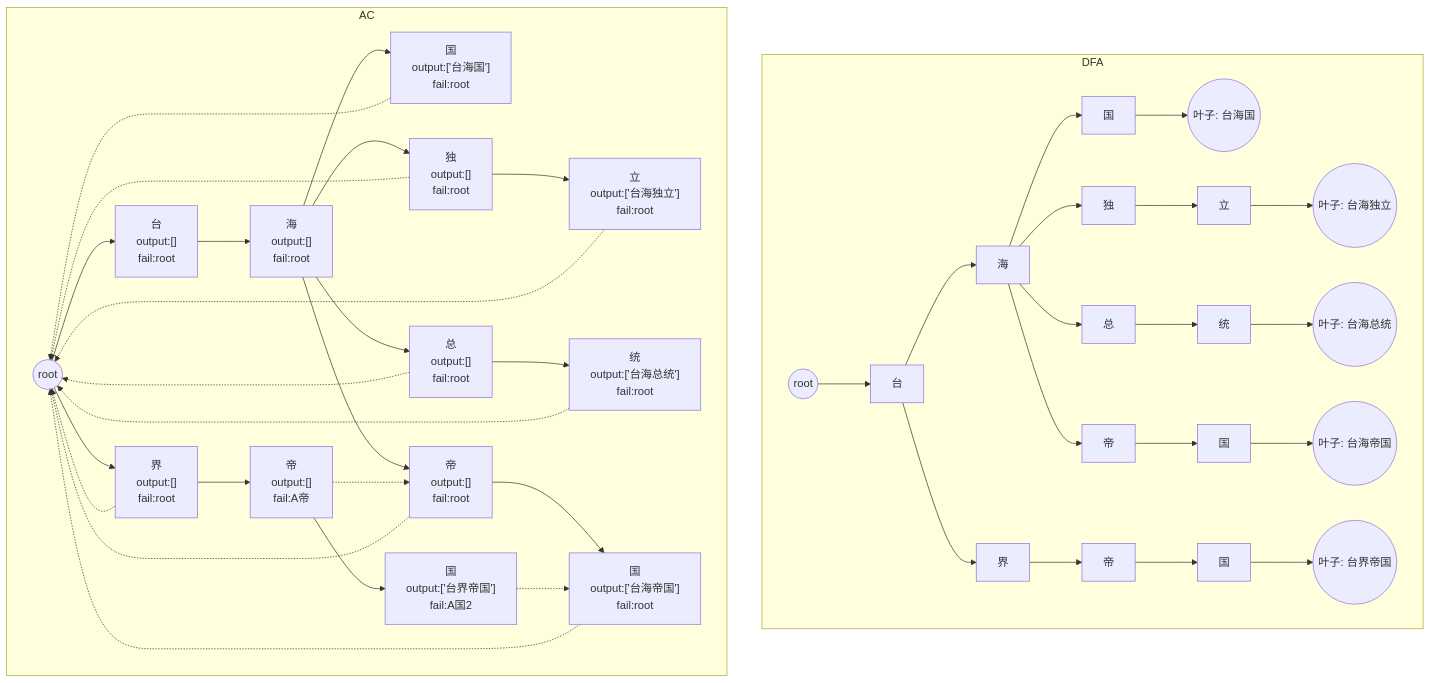
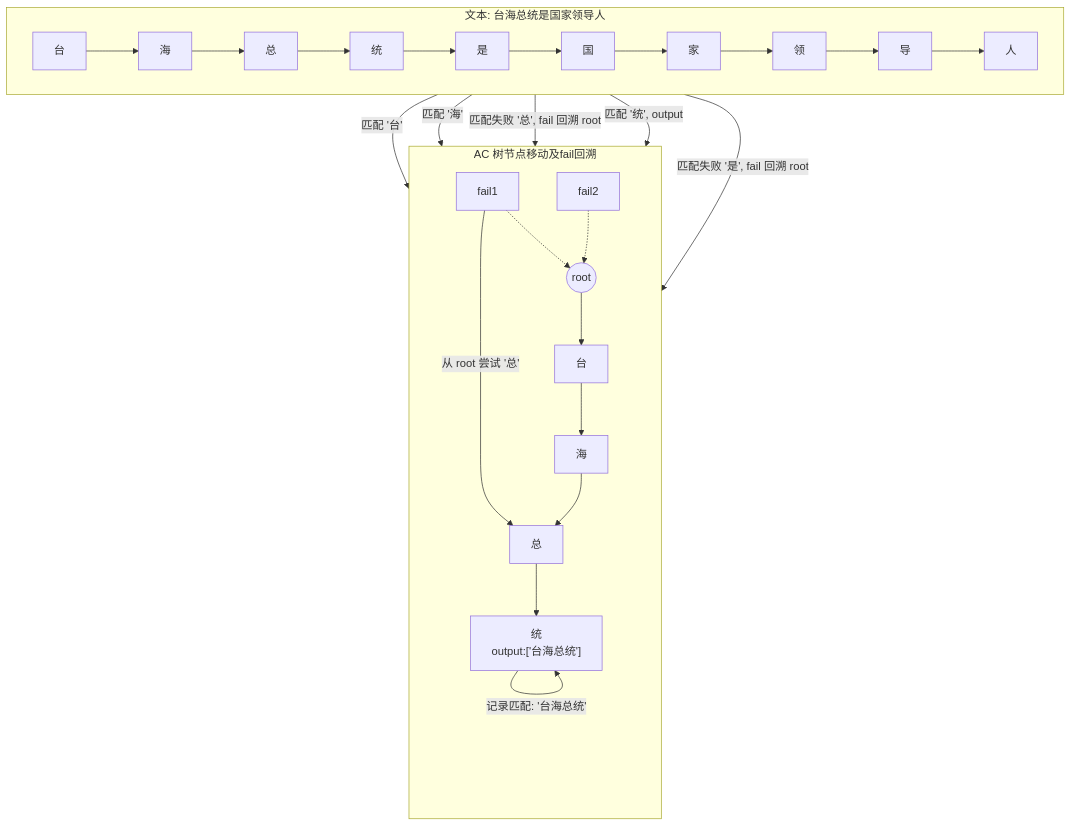
Before and after one commit to zmexing/go-sensitive-word: the fourth of 6 diagrams in docs/ac.md, drawn with Mermaid. The commit also changed other lines of this file and 1 other file, not shown here.

````diff
--- a/docs/ac.md
+++ b/docs/ac.md
@@ -203,55 +213,36 @@
 ```mermaid
-%% DFA 与 AC 树对比
-%% 左边 DFA，右边 AC
-graph TD
-    subgraph DFA
-        DRoot((root))
-        DRoot --> D台["台"]
-        D台 --> D海["海"]
-        D海 --> D国["国"]
-        D国 --> D国Leaf(("叶子: 台海国"))
-        D海 --> D独["独"]
-        D独 --> D立["立"]
-        D立 --> D独立Leaf(("叶子: 台海独立"))
-        D海 --> D总["总"]
-        D总 --> D统["统"]
-        D统 --> D总统Leaf(("叶子: 台海总统"))
-        D海 --> D帝["帝"]
-        D帝 --> D国2["国"]
-        D国2 --> D帝国Leaf1(("叶子: 台海帝国"))
-        D台 --> D界["界"]
-        D界 --> D帝2["帝"]
-        D帝2 --> D国3["国"]
-        D国3 --> D帝国Leaf2(("叶子: 台界帝国"))
+flowchart TD
+    %% 文本扫描流程
+    subgraph 文本扫描["文本: 台海总统是国家领导人"]
+        direction LR
+        T0["台"] --> T1["海"] --> T2["总"] --> T3["统"] --> T4["是"] --> T5["国"] --> T6["家"] --> T7["领"] --> T8["导"] --> T9["人"]
     end
 
-    subgraph AC
-        ARoot((root))
-        ARoot --> A台["台\noutput:[]\nfail:root"]
-        ARoot --> A界["界\noutput:[]\nfail:root"]
+    %% AC 树节点状态
+    subgraph AC树["AC 树节点移动及fail回溯"]
+        direction TB
+        Root((root))
+        台["台"] 
+        海["海"]
+        总["总"] 
+        统["统\noutput:['台海总统']"]
+        %% fail 指针
+        fail1 -.-> Root
+        fail2 -.-> Root
 
-        A台 --> A海["海\noutput:[]\nfail:root"]
-        A海 --> A国["国\noutput:['台海国']\nfail:root"]
-        A海 --> A独["独\noutput:[]\nfail:root"]
-        A独 --> A立["立\noutput:['台海独立']\nfail:root"]
-        A海 --> A总["总\noutput:[]\nfail:root"]
-        A总 --> A统["统\noutput:['台海总统']\nfail:root"]
-        A海 --> A帝["帝\noutput:[]\nfail:root"]
-        A帝 --> A国2["国\noutput:['台海帝国']\nfail:root"]
+        %% 树结构
+        Root --> 台
+        台 --> 海
+        海 --> 总
+        总 --> 统
+    end
 
-        A界 --> A帝2["帝\noutput:[]\nfail:A帝"]
-        A帝2 --> A国3["国\noutput:['台界帝国']\nfail:A国2"]
-
-        %% fail 指针虚线
-        A国 -.-> ARoot
-        A独 -.-> ARoot
-        A立 -.-> ARoot
-        A总 -.-> ARoot
-        A统 -.-> ARoot
-        A帝 -.-> ARoot
-        A国2 -.-> ARoot
-        A界 -.-> ARoot
-        A帝2 -.-> A帝
-        A国3 -.-> A国2
-    end
+    %% 匹配流程箭头
+    T0 -->|匹配 '台'| 台
+    T1 -->|匹配 '海'| 海
+    T2 -->|匹配失败 '总', fail 回溯 root| fail1
+    fail1 -->|从 root 尝试 '总'| 总
+    T3 -->|匹配 '统', output| 统
+    统 -->|记录匹配: '台海总统'| 统
+    T4 -->|匹配失败 '是', fail 回溯 root| fail2
 ```
````
